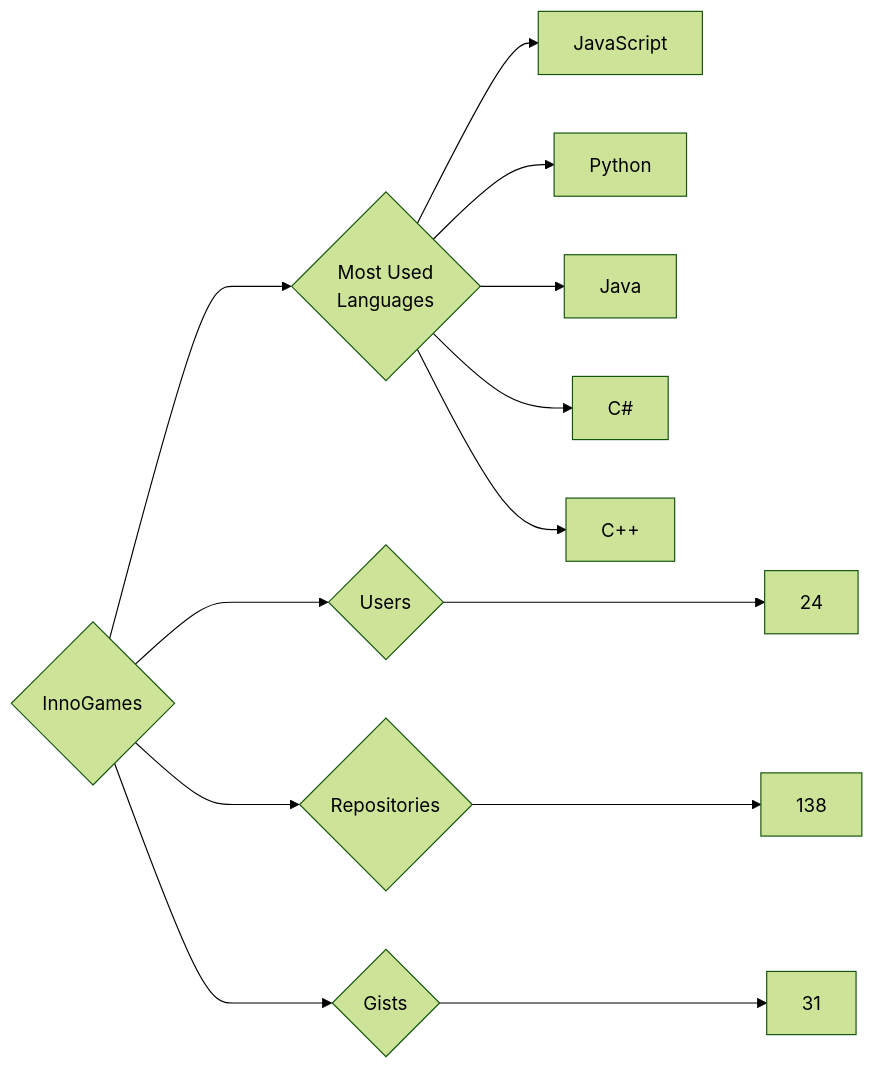
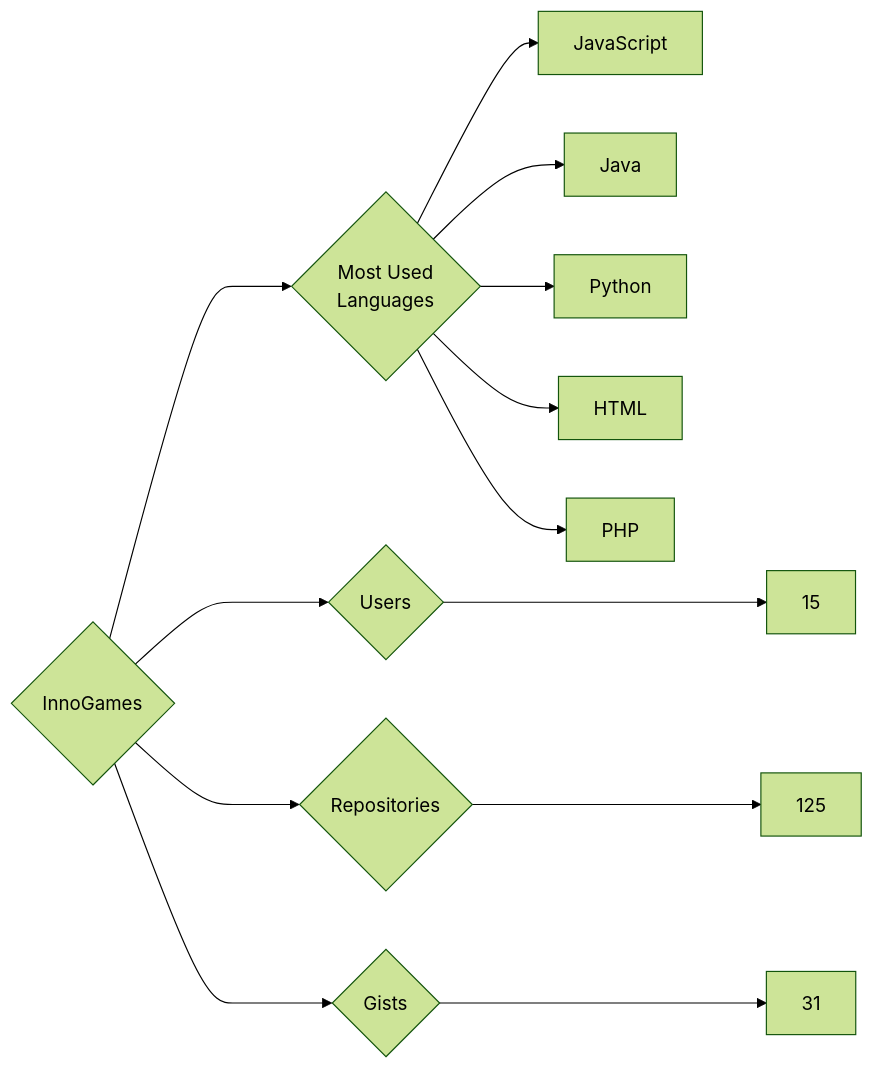
The diagram in targets/InnoGames/README.md (trickest/insiders), drawn with Mermaid (forest theme) before and after one commit. The commit also changed 676 other files, not shown here.

````diff
--- a/targets/InnoGames/README.md
+++ b/targets/InnoGames/README.md
@@ -3,13 +3,13 @@
 ```mermaid
 graph LR
 COMPANY_NAME{InnoGames}
-COMPANY_NAME ---> U{Users} ---> UN[24]
-COMPANY_NAME ---> R{Repositories} ---> RN[138]
+COMPANY_NAME ---> U{Users} ---> UN[15]
+COMPANY_NAME ---> R{Repositories} ---> RN[125]
 COMPANY_NAME ---> G{Gists} ---> GN[31]
 COMPANY_NAME ---> ML{Most Used<br>Languages}
 ML --> JavaScript[JavaScript]
+ML --> Java[Java]
 ML --> Python[Python]
-ML --> Java[Java]
-ML --> C#[C#]
-ML --> C++[C++]
+ML --> HTML[HTML]
+ML --> PHP[PHP]
 ```
````
